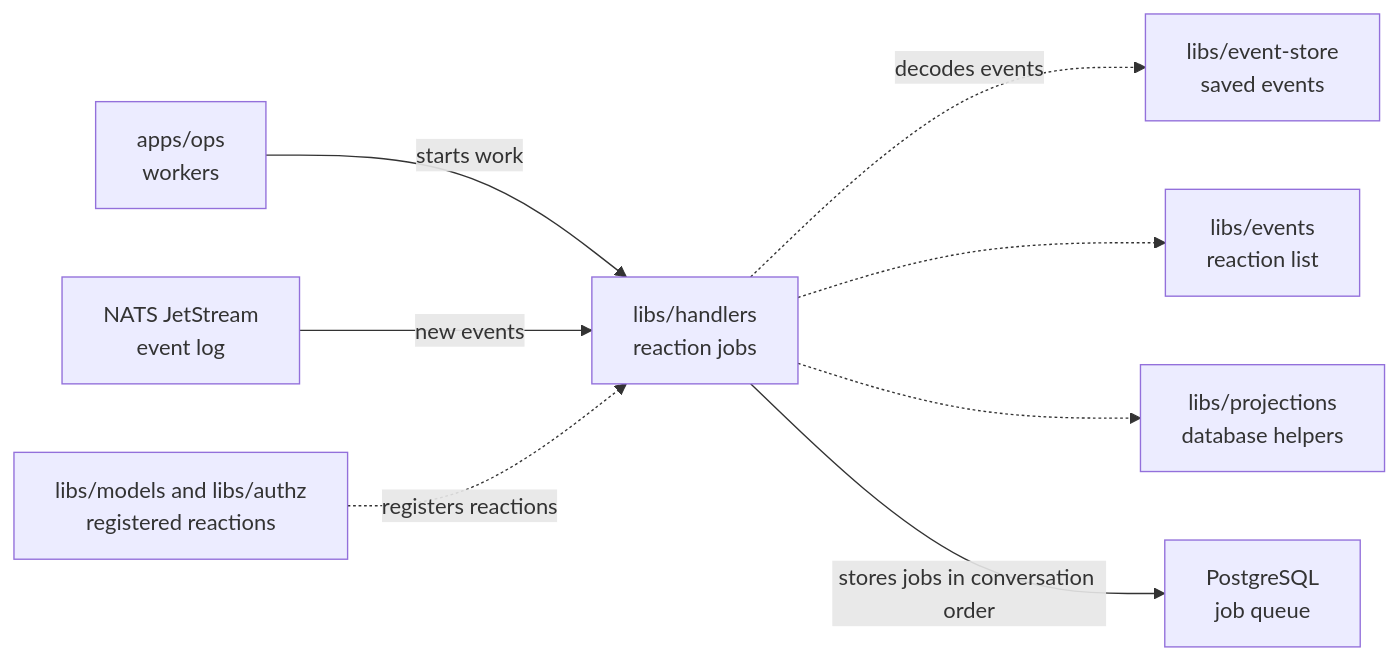
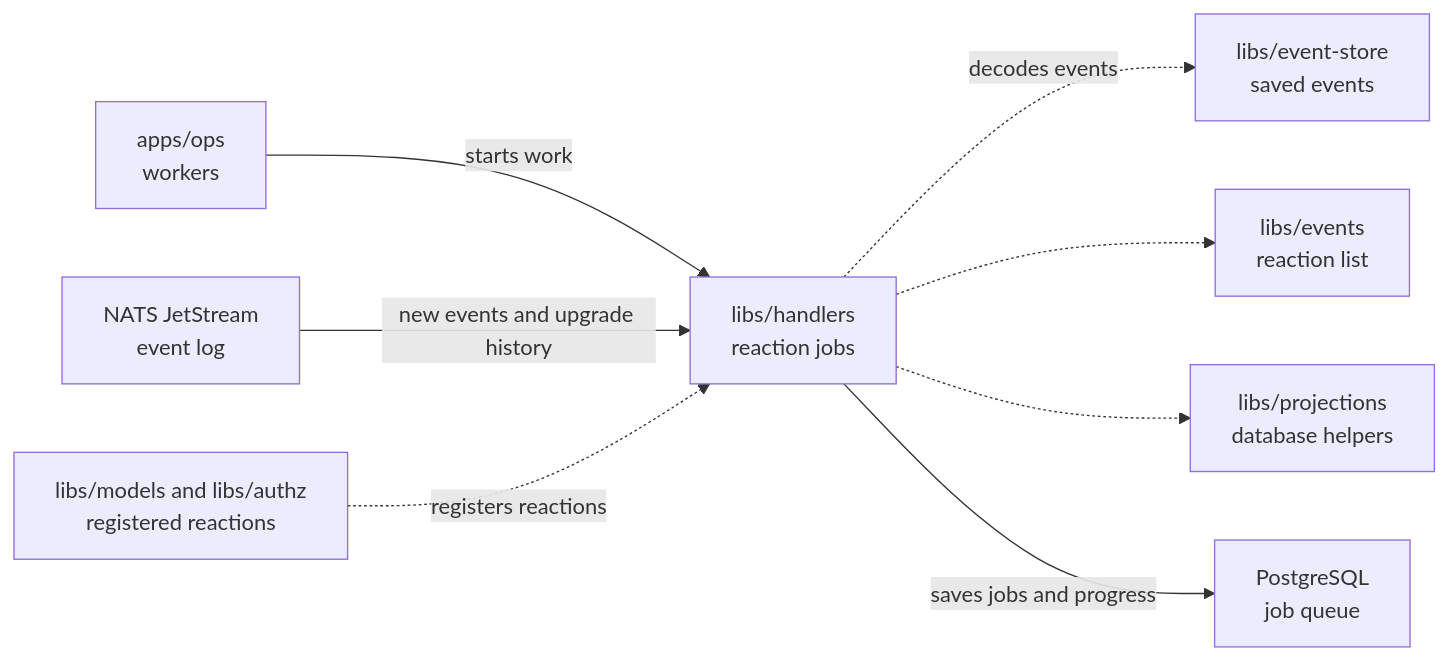
One commit to elewa-git/opencrane-new changed the diagram in libs/handlers/README.md. Above: the diagram before and after it, drawn with Mermaid. The commit also changed other lines of this file and 40 other files, not shown here.

First line of the commit message:
🔁 Operators can upgrade handler subscriptions without wiping the install, and old events never repeat a reaction (#291) (#291)

````diff
--- a/libs/handlers/README.md
+++ b/libs/handlers/README.md
@@ -28,10 +28,10 @@
 ```mermaid
 flowchart LR
   ops["apps/ops<br/>workers"] -->|starts work| handlers["libs/handlers<br/>reaction jobs"]
-  nats["NATS JetStream<br/>event log"] -->|new events| handlers
+  nats["NATS JetStream<br/>event log"] -->|new events and upgrade history| handlers
   reactions["libs/models and libs/authz<br/>registered reactions"] -.->|registers reactions| handlers
   handlers -.->|decodes events| store["libs/event-store<br/>saved events"]
   handlers -.-> events["libs/events<br/>reaction list"]
   handlers -.-> projections["libs/projections<br/>database helpers"]
-  handlers -->|stores jobs in conversation order| pg["PostgreSQL<br/>job queue"]
+  handlers -->|saves jobs and progress| pg["PostgreSQL<br/>job queue"]
 ```
````
